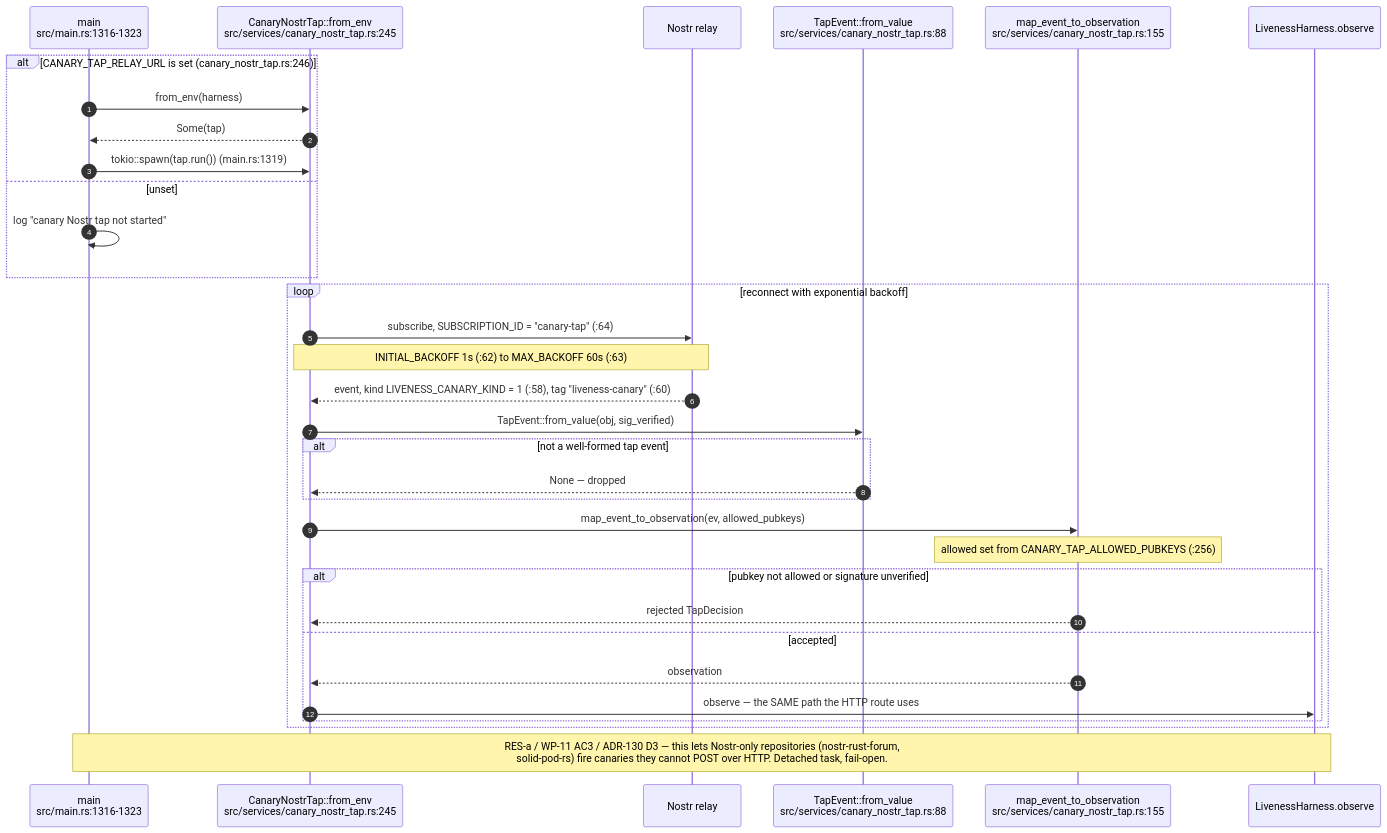
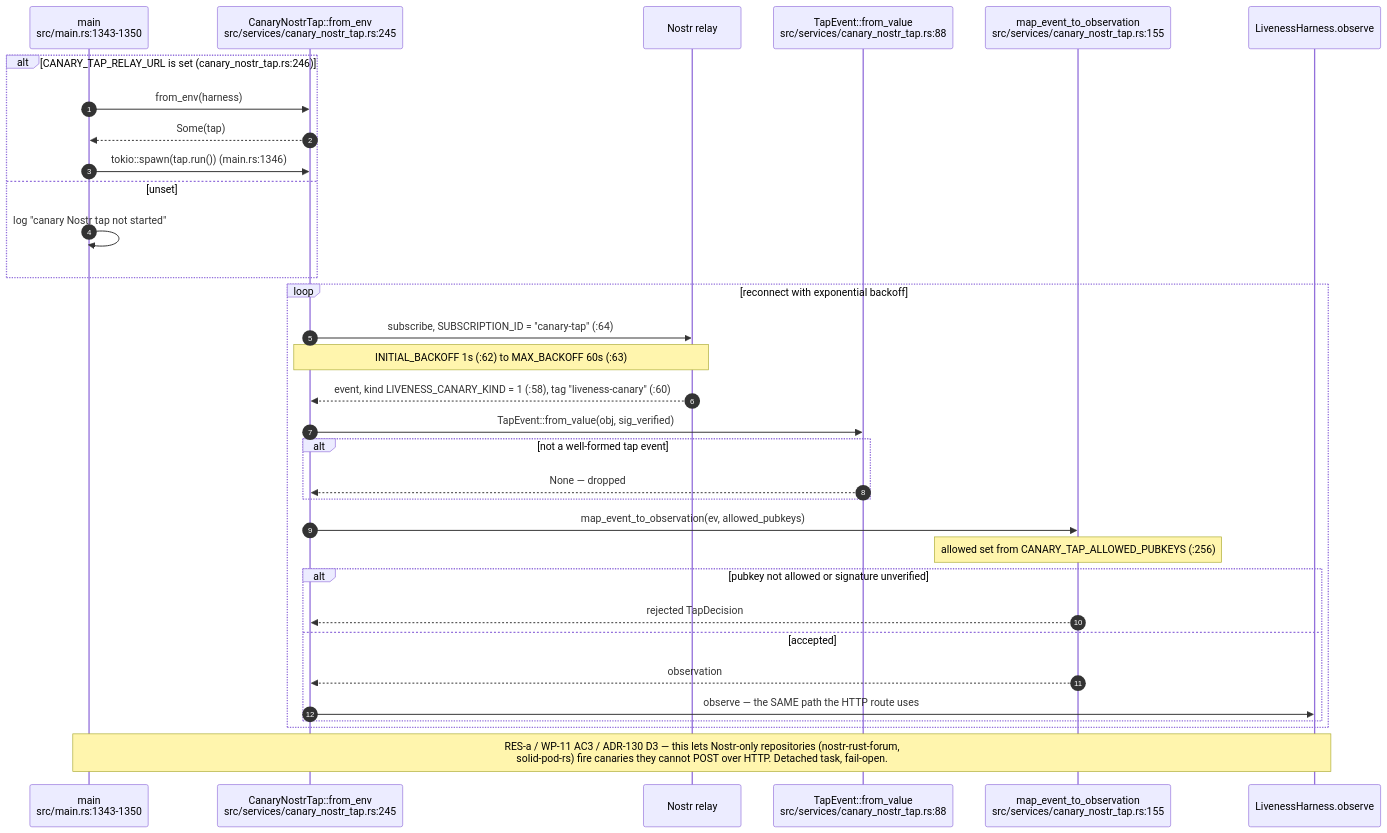
Before and after one commit to DreamLab-AI/VisionFlow: the fifth of 9 diagrams in docs/diagrams/visionclaw/08-observability-health-and-dev-loop.md, drawn with Mermaid. The commit also changed other lines of this file and 46 other files, not shown here.

Commit message:
docs(diagrams): re-verify VisionClaw topics at 809a859aa/a950f4d80 after the consolidation pass

````diff
--- a/docs/diagrams/visionclaw/08-observability-health-and-dev-loop.md
+++ b/docs/diagrams/visionclaw/08-observability-health-and-dev-loop.md
@@ -165,36 +168,36 @@
 ```mermaid
 sequenceDiagram
     autonumber
-    participant M as main<br/>src/main.rs:1316-1323
+    participant M as main<br/>src/main.rs:1343-1350
     participant T as CanaryNostrTap::from_env<br/>src/services/canary_nostr_tap.rs:245
     participant R as Nostr relay
     participant E as TapEvent::from_value<br/>src/services/canary_nostr_tap.rs:88
     participant D as map_event_to_observation<br/>src/services/canary_nostr_tap.rs:155
     participant LH as LivenessHarness.observe
 
     alt CANARY_TAP_RELAY_URL is set (canary_nostr_tap.rs:246)
         M->>T: from_env(harness)
         T-->>M: Some(tap)
-        M->>T: tokio::spawn(tap.run()) (main.rs:1319)
+        M->>T: tokio::spawn(tap.run()) (main.rs:1346)
     else unset
         M->>M: log "canary Nostr tap not started"
     end
     loop reconnect with exponential backoff
         T->>R: subscribe, SUBSCRIPTION_ID = "canary-tap" (:64)
         Note over T,R: INITIAL_BACKOFF 1s (:62) to MAX_BACKOFF 60s (:63)
         R-->>T: event, kind LIVENESS_CANARY_KIND = 1 (:58), tag "liveness-canary" (:60)
         T->>E: TapEvent::from_value(obj, sig_verified)
         alt not a well-formed tap event
             E-->>T: None — dropped
         end
         T->>D: map_event_to_observation(ev, allowed_pubkeys)
         Note over D: allowed set from CANARY_TAP_ALLOWED_PUBKEYS (:256)
         alt pubkey not allowed or signature unverified
             D-->>T: rejected TapDecision
         else accepted
             D-->>T: observation
             T->>LH: observe — the SAME path the HTTP route uses
         end
     end
     Note over M,LH: RES-a / WP-11 AC3 / ADR-130 D3 — this lets Nostr-only repositories (nostr-rust-forum,<br/>solid-pod-rs) fire canaries they cannot POST over HTTP. Detached task, fail-open.
 ```
````
